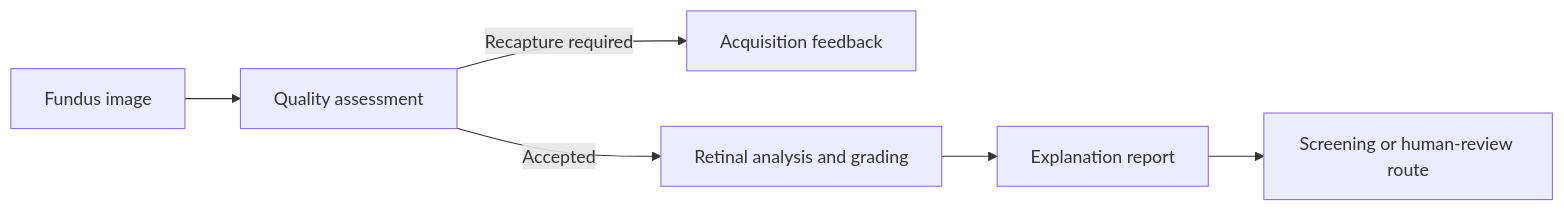
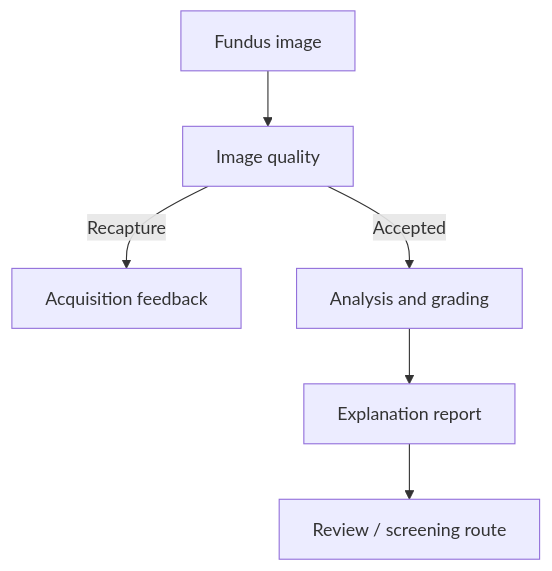
Before and after one commit to AbhikRao/Netrai: the diagram in README.md, drawn with Mermaid.

Commit message:
Improve screening diagram readability on narrow displays

````diff
--- a/README.md
+++ b/README.md
@@ -17,8 +17,8 @@
 ```mermaid
-flowchart LR
-    A[Fundus image] --> B[Quality assessment]
-    B -->|Recapture required| C[Acquisition feedback]
-    B -->|Accepted| D[Retinal analysis and grading]
+flowchart TD
+    A[Fundus image] --> B[Image quality]
+    B -->|Recapture| C[Acquisition feedback]
+    B -->|Accepted| D[Analysis and grading]
     D --> E[Explanation report]
-    E --> F[Screening or human-review route]
+    E --> F[Review / screening route]
 ```
````
